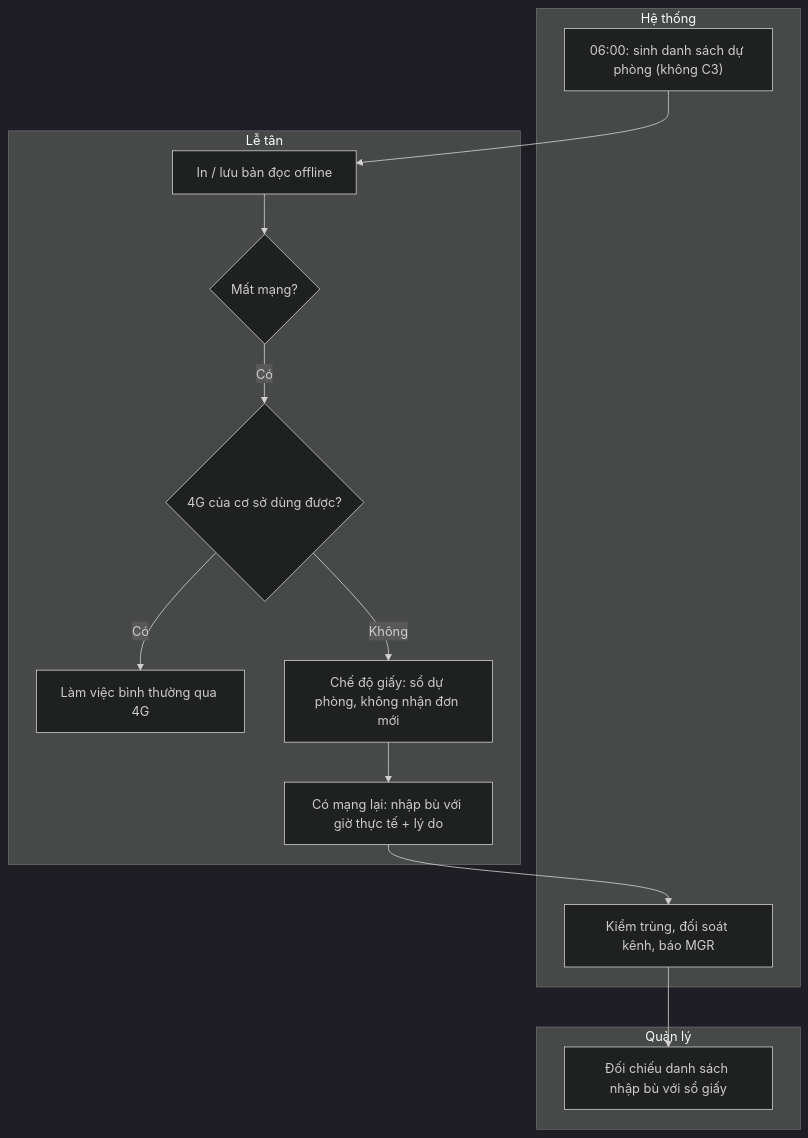
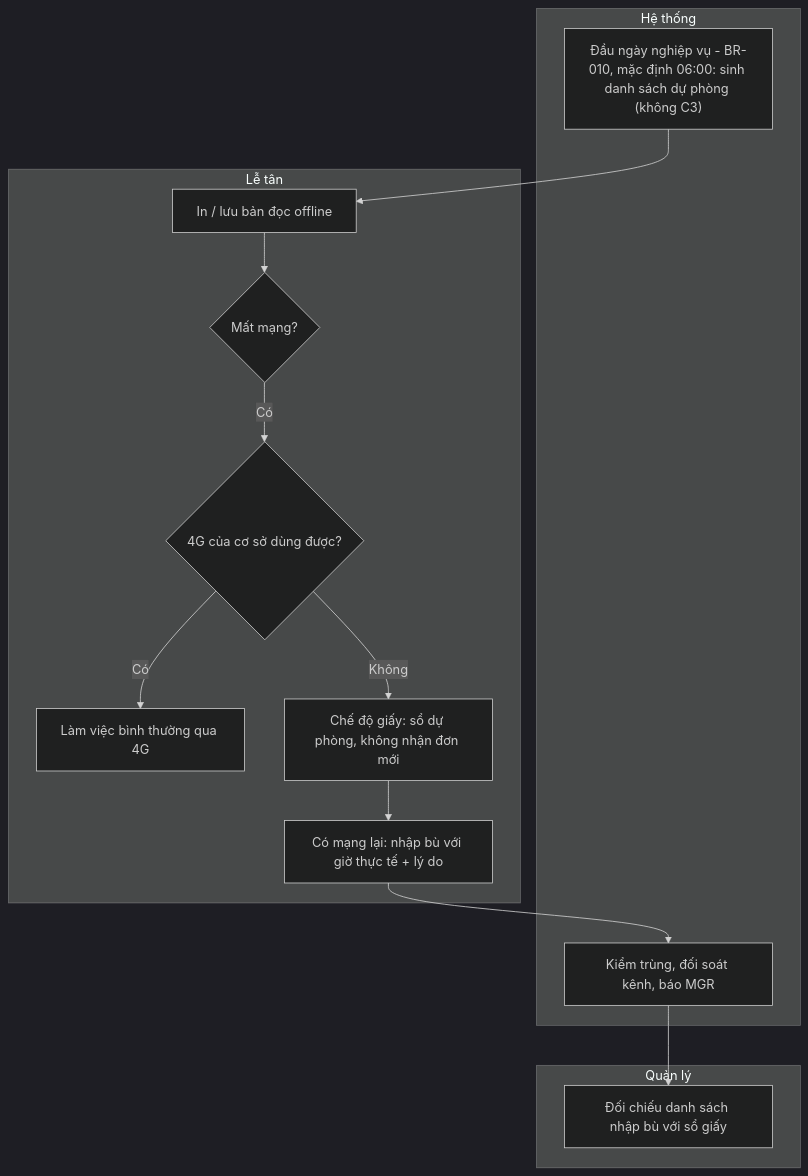
One commit to anhvh93-tech/ottimo-hotel-app-public changed diagram 12 of 12 in product/docs/business-processes.md. Above: the diagram before and after it, drawn with Mermaid (dark theme). The commit also changed other lines of this file and 31 other files, not shown here.

````diff
--- a/product/docs/business-processes.md
+++ b/product/docs/business-processes.md
@@ -729,22 +729,22 @@
 ```mermaid
 flowchart TB
   subgraph SYS["Hệ thống"]
-    Y1["06:00: sinh danh sách dự phòng (không C3)"]
+    Y1["Đầu ngày nghiệp vụ - BR-010, mặc định 06:00: sinh danh sách dự phòng (không C3)"]
     Y2["Kiểm trùng, đối soát kênh, báo MGR"]
   end
   subgraph FD["Lễ tân"]
     F0["In / lưu bản đọc offline"]
     F1{"Mất mạng?"}
     F2{"4G của cơ sở dùng được?"}
     F3["Làm việc bình thường qua 4G"]
     F4["Chế độ giấy: sổ dự phòng, không nhận đơn mới"]
     F5["Có mạng lại: nhập bù với giờ thực tế + lý do"]
   end
   subgraph MGR["Quản lý"]
     M1["Đối chiếu danh sách nhập bù với sổ giấy"]
   end
   Y1 --> F0 --> F1
   F1 -- "Có" --> F2
   F2 -- "Có" --> F3
   F2 -- "Không" --> F4 --> F5 --> Y2 --> M1
 ```
````
